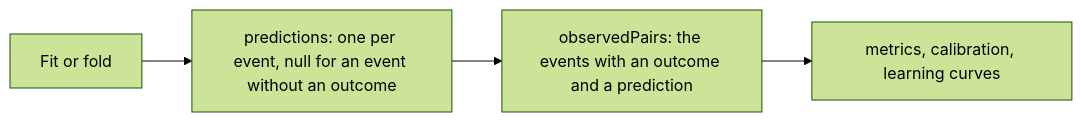
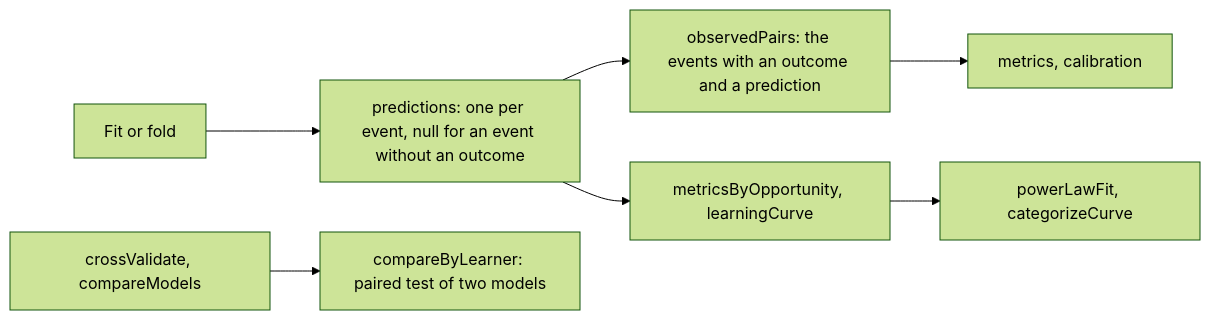
Before and after one commit to measurekit/measurekit: the first of 2 diagrams in docs/knowledge-tracing/evaluate.md, drawn with Mermaid (forest theme). The commit also changed other lines of this file and 31 other files, not shown here.

Commit message:
Evaluate tracing models by opportunity, over time and against each other

````diff
--- a/docs/knowledge-tracing/evaluate.md
+++ b/docs/knowledge-tracing/evaluate.md
@@ -7,6 +8,9 @@
 ```mermaid
 flowchart LR
   F[Fit or fold] --> P["predictions: one per event, null for an event without an outcome"]
   P --> O["observedPairs: the events with an outcome and a prediction"]
-  O --> M["metrics, calibration, learning curves"]
+  O --> M["metrics, calibration"]
+  P --> B["metricsByOpportunity, learningCurve"]
+  B --> L["powerLawFit, categorizeCurve"]
+  C["crossValidate, compareModels"] --> T["compareByLearner: paired test of two models"]
 ```
````
